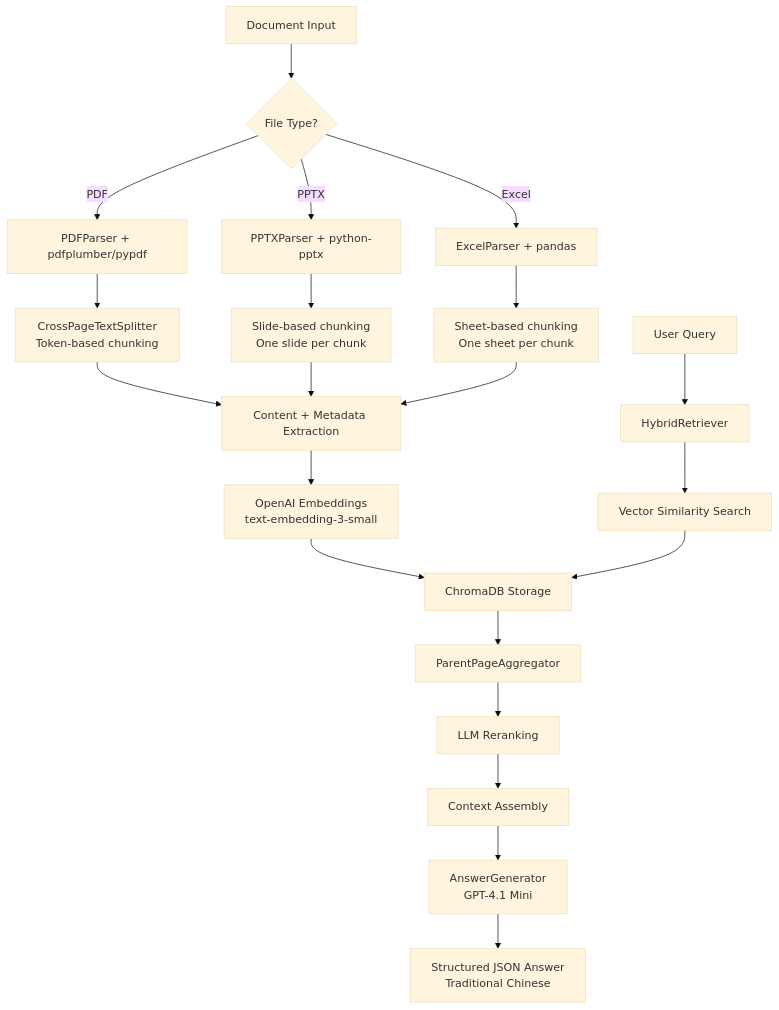
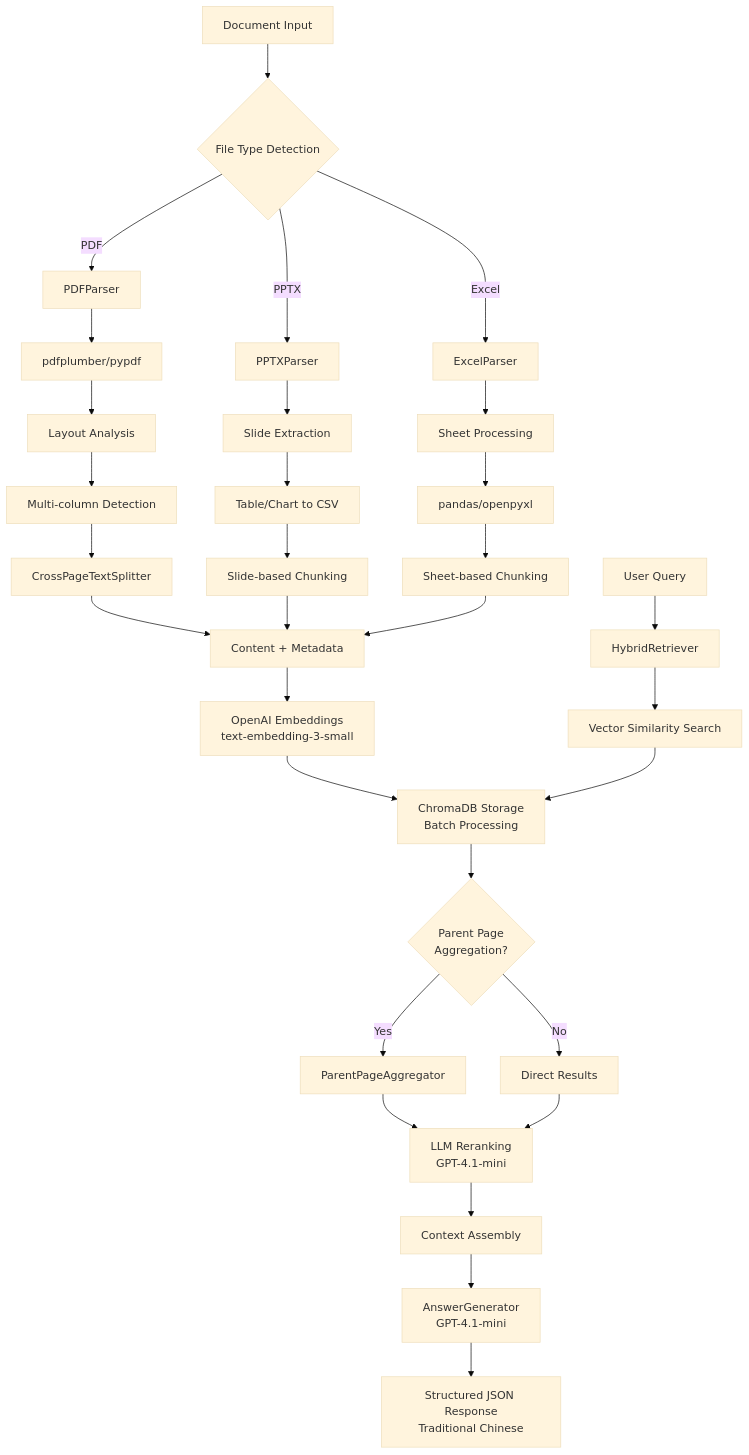
One commit to xxcs13/RAGv2 changed the first of 2 diagrams in README.md. Above: the diagram before and after it, drawn with Mermaid (base theme). The commit also changed other lines of this file, not shown here.

````diff
--- a/README.md
+++ b/README.md
@@ -20,27 +47,40 @@
 ```mermaid
 flowchart TD
-    A[Document Input] --> B{File Type?}
-    B -->|PDF| C[PDFParser + pdfplumber/pypdf]
-    B -->|PPTX| D[PPTXParser + python-pptx] 
-    B -->|Excel| E[ExcelParser + pandas]
+    A[Document Input] --> B{File Type Detection}
+    B -->|PDF| C[PDFParser]
+    B -->|PPTX| D[PPTXParser] 
+    B -->|Excel| E[ExcelParser]
     
-    C --> F[CrossPageTextSplitter<br/>Token-based chunking]
-    D --> G[Slide-based chunking<br/>One slide per chunk]
-    E --> H[Sheet-based chunking<br/>One sheet per chunk]
+    C --> C1[pdfplumber/pypdf]
+    C1 --> C2[Layout Analysis]
+    C2 --> C3[Multi-column Detection]
     
-    F --> I[Content + Metadata Extraction]
+    D --> D1[Slide Extraction]
+    D1 --> D2[Table/Chart to CSV]
+    
+    E --> E1[Sheet Processing]
+    E1 --> E2[pandas/openpyxl]
+    
+    C3 --> F[CrossPageTextSplitter]
+    D2 --> G[Slide-based Chunking]
+    E2 --> H[Sheet-based Chunking]
+    
+    F --> I[Content + Metadata]
     G --> I
     H --> I
     
     I --> J[OpenAI Embeddings<br/>text-embedding-3-small]
-    J --> K[ChromaDB Storage]
+    J --> K[ChromaDB Storage<br/>Batch Processing]
     
     L[User Query] --> M[HybridRetriever]
     M --> N[Vector Similarity Search]
     N --> K
-    K --> O[ParentPageAggregator]
-    O --> P[LLM Reranking]
-    P --> Q[Context Assembly]
-    Q --> R[AnswerGenerator<br/>GPT-4.1 Mini]
-    R --> S[Structured JSON Answer<br/>Traditional Chinese]
+    K --> O{Parent Page<br/>Aggregation?}
+    O -->|Yes| P[ParentPageAggregator]
+    O -->|No| Q[Direct Results]
+    P --> R[LLM Reranking<br/>GPT-4.1-mini]
+    Q --> R
+    R --> S[Context Assembly]
+    S --> T[AnswerGenerator<br/>GPT-4.1-mini]
+    T --> U[Structured JSON Response<br/>Traditional Chinese]
 ```
````
